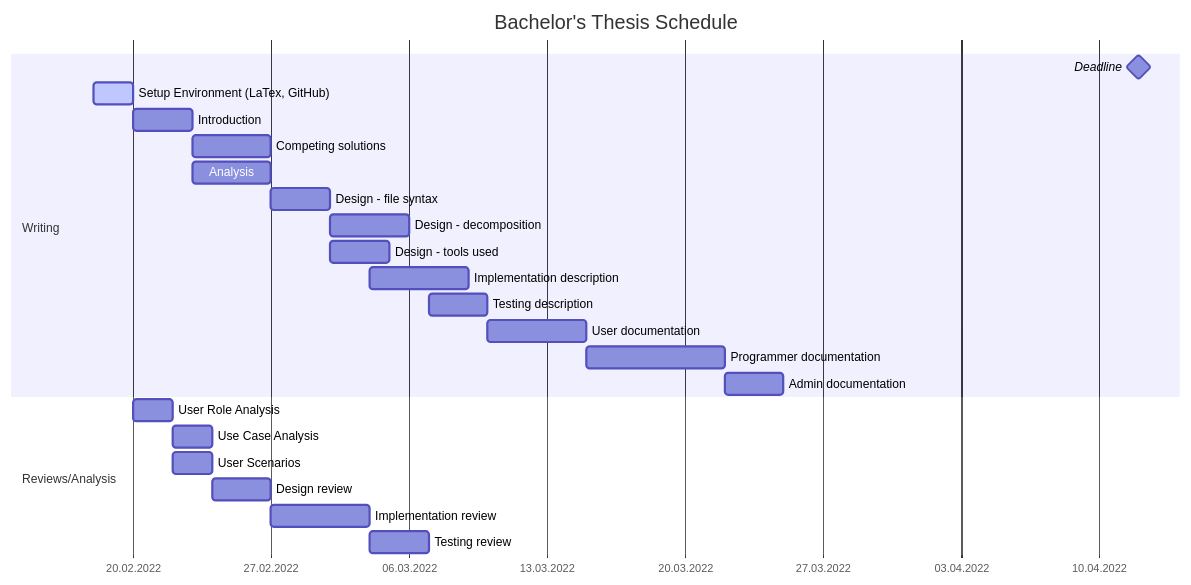
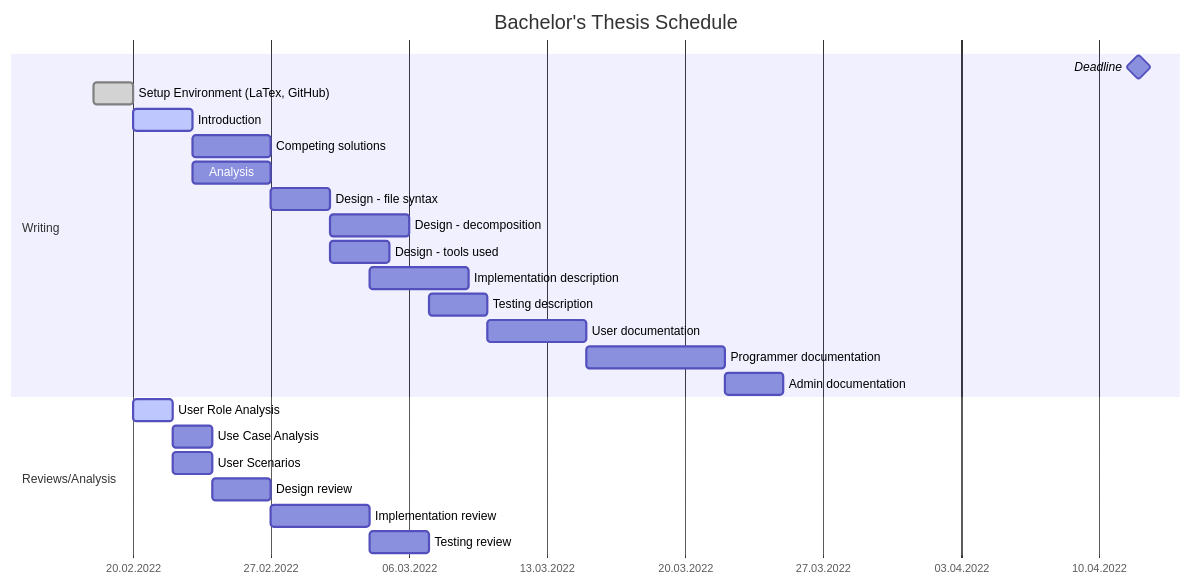
The diagram in schedule.md (barjin/bachelor-thesis), drawn with Mermaid before and after one commit. The commit also changed other lines of this file and 1 other file, not shown here.

Commit message:
documentation update

````diff
--- a/schedule.md
+++ b/schedule.md
@@ -4,31 +4,31 @@
 ```mermaid
 gantt
     title Bachelor's Thesis Schedule
     dateFormat DD.MM.YYYY
     axisFormat %d.%m.%Y
 
     section Writing
     Deadline: milestone, 12.04.2022, 0d
 
-    Setup Environment (LaTex, GitHub): active, environment, 18.02.2022, 2d
-    Introduction: introduction, after environment, 3d
+    Setup Environment (LaTex, GitHub): done, environment, 18.02.2022, 2d
+    Introduction: active, introduction, after environment, 3d
     Competing solutions: 4d
     Analysis: after introduction, 4d
     Design - file syntax: syntax, after design_review, 3d
     Design - decomposition: after syntax, 4d
     Design - tools used: after syntax, 3d
     Implementation description: after implementation_review, 5d
     Testing description: after tests_review, 3d
     User documentation: 5d
     Programmer documentation:7d
     Admin documentation: 3d
 
     section Reviews/Analysis
 
-    User Role Analysis: analysis_roles, after environment, 2d
+    User Role Analysis: active, analysis_roles, after environment, 2d
     Use Case Analysis: after analysis_roles, 2d
     User Scenarios: analysis_scenarios, after analysis_roles, 2d
     Design review: design_review, after analysis_scenarios, 3d
     Implementation review: implementation_review, after design_review, 5d
     Testing review: tests_review, after implementation_review, 3d 
 ```
````
